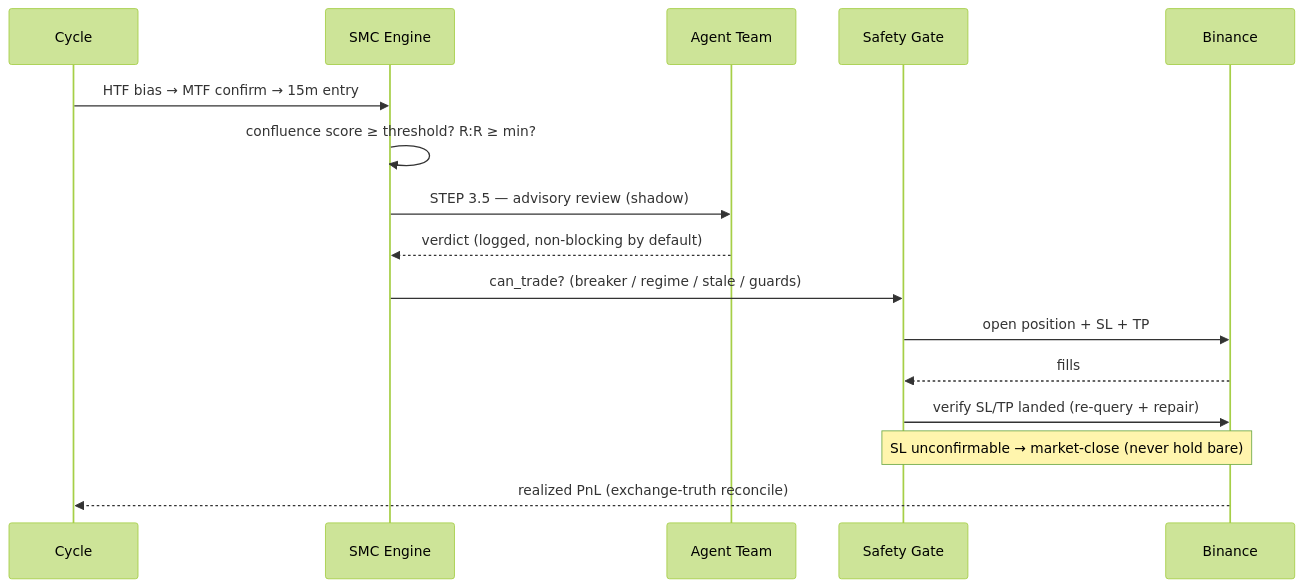
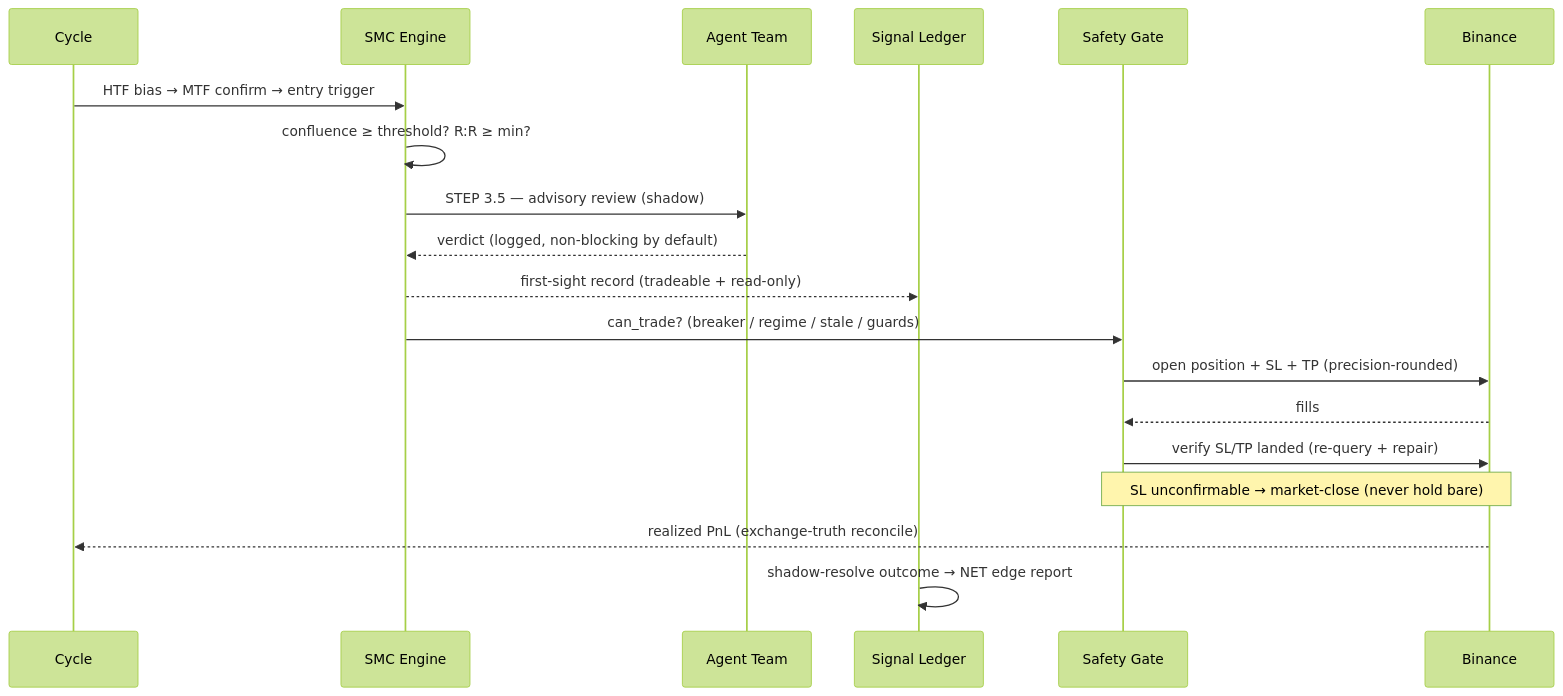
Before and after one commit to Leblepito/efloud-bot: the second of 2 diagrams in README.md, drawn with Mermaid (forest theme). The commit also changed other lines of this file and 4 other files, not shown here.

````diff
--- a/README.md
+++ b/README.md
@@ -68,18 +89,21 @@
 ```mermaid
 sequenceDiagram
     participant C as Cycle
     participant E as SMC Engine
     participant A as Agent Team
+    participant L as Signal Ledger
     participant G as Safety Gate
     participant X as Binance
-    C->>E: HTF bias → MTF confirm → 15m entry
-    E->>E: confluence score ≥ threshold? R:R ≥ min?
+    C->>E: HTF bias → MTF confirm → entry trigger
+    E->>E: confluence ≥ threshold? R:R ≥ min?
     E->>A: STEP 3.5 — advisory review (shadow)
     A-->>E: verdict (logged, non-blocking by default)
+    E-->>L: first-sight record (tradeable + read-only)
     E->>G: can_trade? (breaker / regime / stale / guards)
-    G->>X: open position + SL + TP
+    G->>X: open position + SL + TP (precision-rounded)
     X-->>G: fills
     G->>X: verify SL/TP landed (re-query + repair)
     Note over G,X: SL unconfirmable → market-close (never hold bare)
     X-->>C: realized PnL (exchange-truth reconcile)
+    L->>L: shadow-resolve outcome → NET edge report
 ```
````
